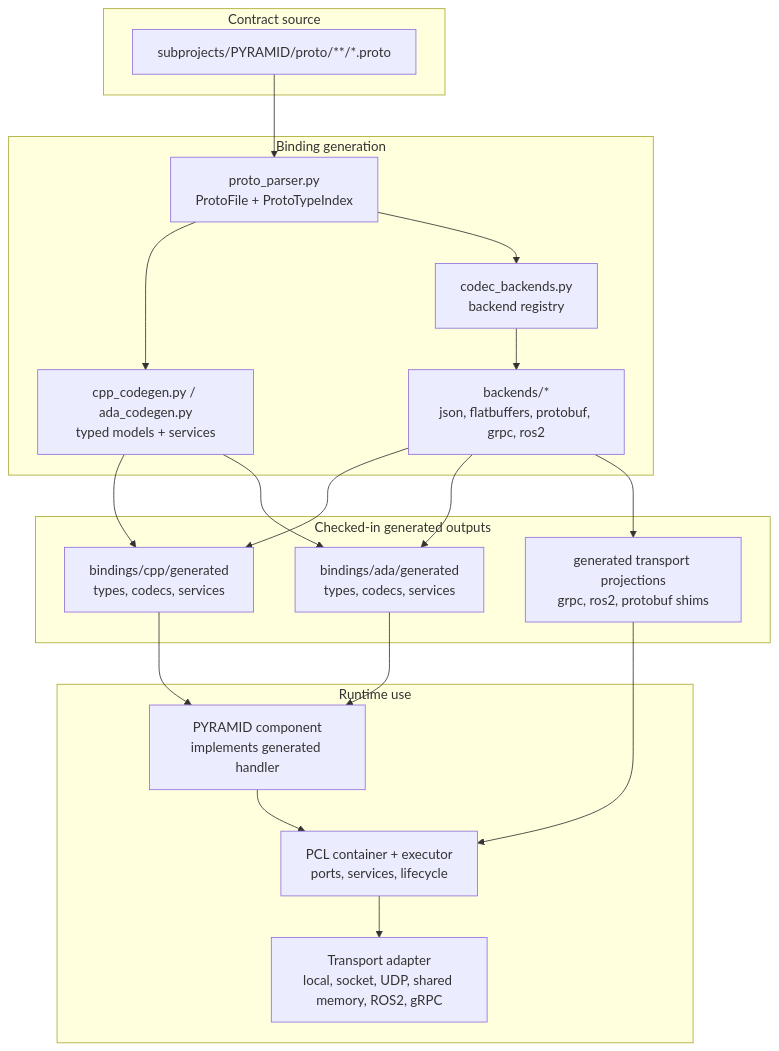
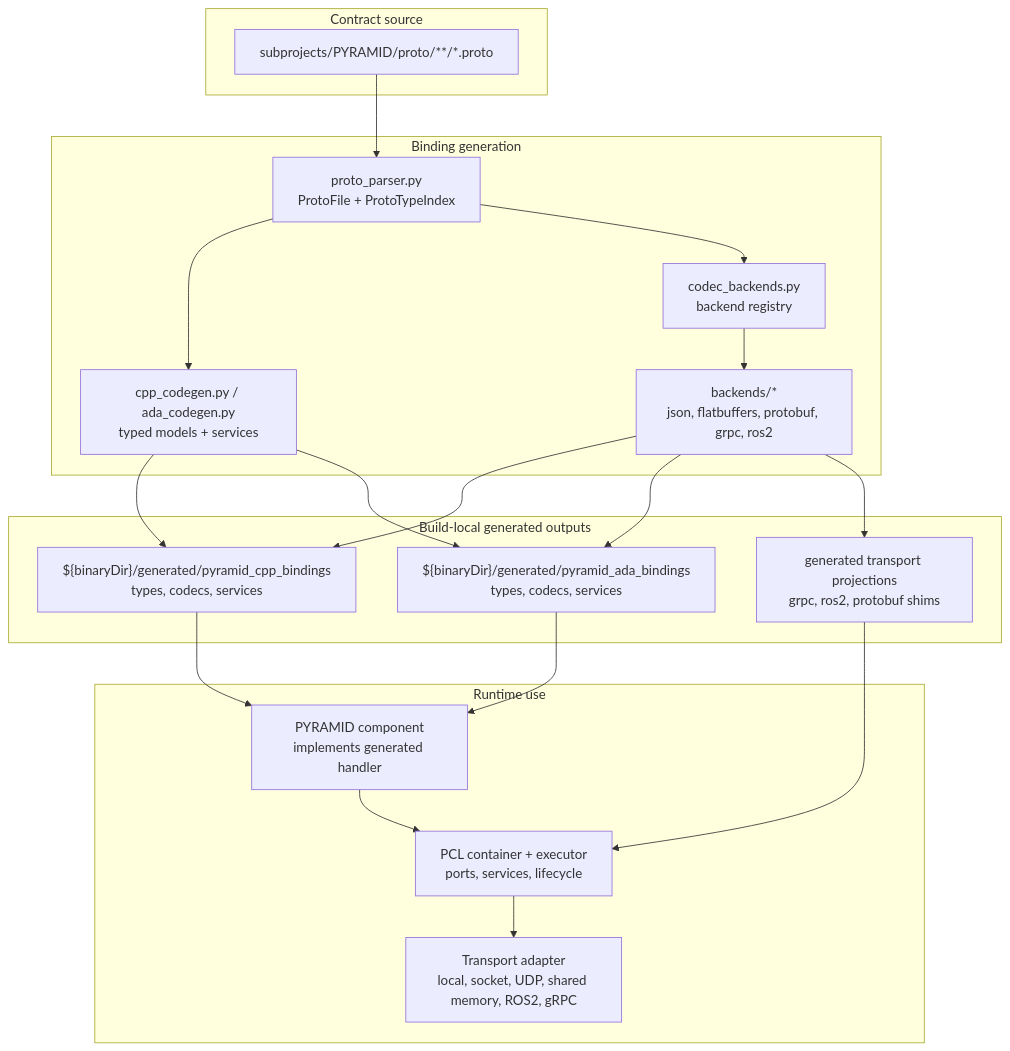
One commit to Ackoogin/mujin changed the first of 5 diagrams in subprojects/PYRAMID/doc/architecture/pcl_pyramid_binding_generation_overview.md. Above: the diagram before and after it, drawn with Mermaid. The commit also changed other lines of this file and 201 other files, not shown here.

Commit message:
Retire Ada gRPC shim and generated bindings

````diff
--- a/subprojects/PYRAMID/doc/architecture/pcl_pyramid_binding_generation_overview.md
+++ b/subprojects/PYRAMID/doc/architecture/pcl_pyramid_binding_generation_overview.md
@@ -36,38 +36,38 @@
 ```mermaid
 flowchart TB
   subgraph Contract["Contract source"]
     Proto["subprojects/PYRAMID/proto/**/*.proto"]
   end
 
   subgraph Generator["Binding generation"]
     Parser["proto_parser.py<br/>ProtoFile + ProtoTypeIndex"]
     Lang["cpp_codegen.py / ada_codegen.py<br/>typed models + services"]
     Registry["codec_backends.py<br/>backend registry"]
     Backends["backends/*<br/>json, flatbuffers, protobuf, grpc, ros2"]
   end
 
-  subgraph Generated["Checked-in generated outputs"]
-    Cpp["bindings/cpp/generated<br/>types, codecs, services"]
-    Ada["bindings/ada/generated<br/>types, codecs, services"]
+  subgraph Generated["Build-local generated outputs"]
+    Cpp["${binaryDir}/generated/pyramid_cpp_bindings<br/>types, codecs, services"]
+    Ada["${binaryDir}/generated/pyramid_ada_bindings<br/>types, codecs, services"]
     Transport["generated transport projections<br/>grpc, ros2, protobuf shims"]
   end
 
   subgraph Runtime["Runtime use"]
     Component["PYRAMID component<br/>implements generated handler"]
     Pcl["PCL container + executor<br/>ports, services, lifecycle"]
     Wire["Transport adapter<br/>local, socket, UDP, shared memory, ROS2, gRPC"]
   end
 
   Proto --> Parser --> Lang
   Parser --> Registry --> Backends
   Lang --> Cpp
   Lang --> Ada
   Backends --> Cpp
   Backends --> Ada
   Backends --> Transport
 
   Cpp --> Component
   Ada --> Component
   Transport --> Pcl
   Component --> Pcl --> Wire
 ```
````
